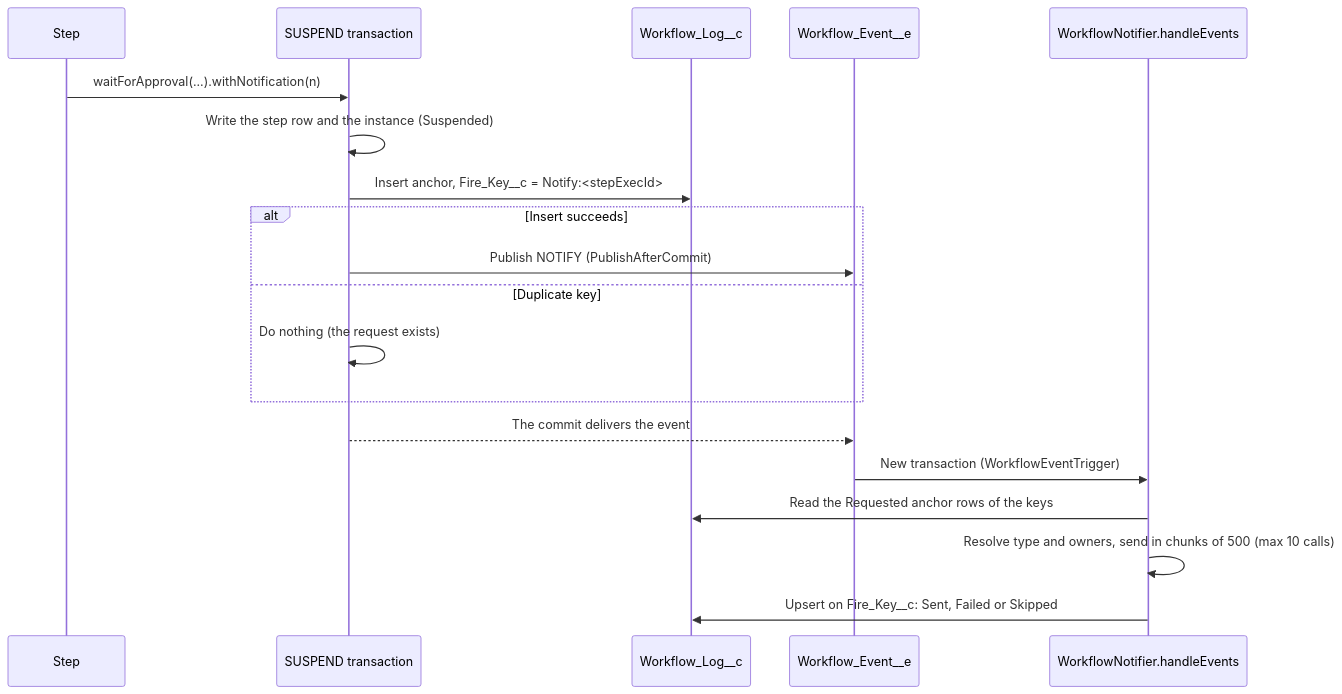
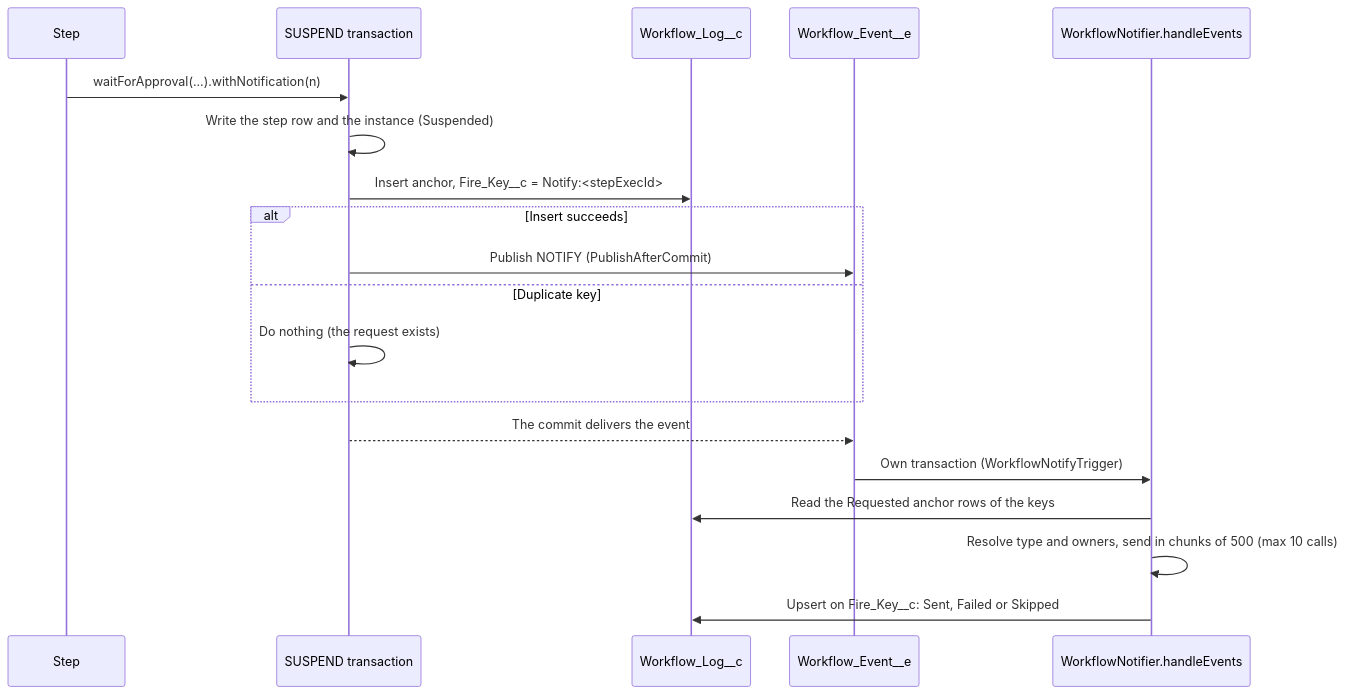
One commit to madmax983/revenant changed the diagram in docs/approver-notifications.md. Above: the diagram before and after it, drawn with Mermaid. The commit also changed other lines of this file and 9 other files, not shown here.

First line of the commit message:
fix(#123): send in a separate trigger transaction

````diff
--- a/docs/approver-notifications.md
+++ b/docs/approver-notifications.md
@@ -51,21 +51,21 @@
 ```mermaid
 sequenceDiagram
     participant Step
     participant Engine as SUSPEND transaction
     participant Log as Workflow_Log__c
     participant Bus as Workflow_Event__e
     participant Notifier as WorkflowNotifier.handleEvents
     Step->>Engine: waitForApproval(...).withNotification(n)
     Engine->>Engine: Write the step row and the instance (Suspended)
     Engine->>Log: Insert anchor, Fire_Key__c = Notify:<stepExecId>
     alt Insert succeeds
         Engine->>Bus: Publish NOTIFY (PublishAfterCommit)
     else Duplicate key
         Engine->>Engine: Do nothing (the request exists)
     end
     Engine-->>Bus: The commit delivers the event
-    Bus->>Notifier: New transaction (WorkflowEventTrigger)
+    Bus->>Notifier: Own transaction (WorkflowNotifyTrigger)
     Notifier->>Log: Read the Requested anchor rows of the keys
     Notifier->>Notifier: Resolve type and owners, send in chunks of 500 (max 10 calls)
     Notifier->>Log: Upsert on Fire_Key__c: Sent, Failed or Skipped
 ```
````
